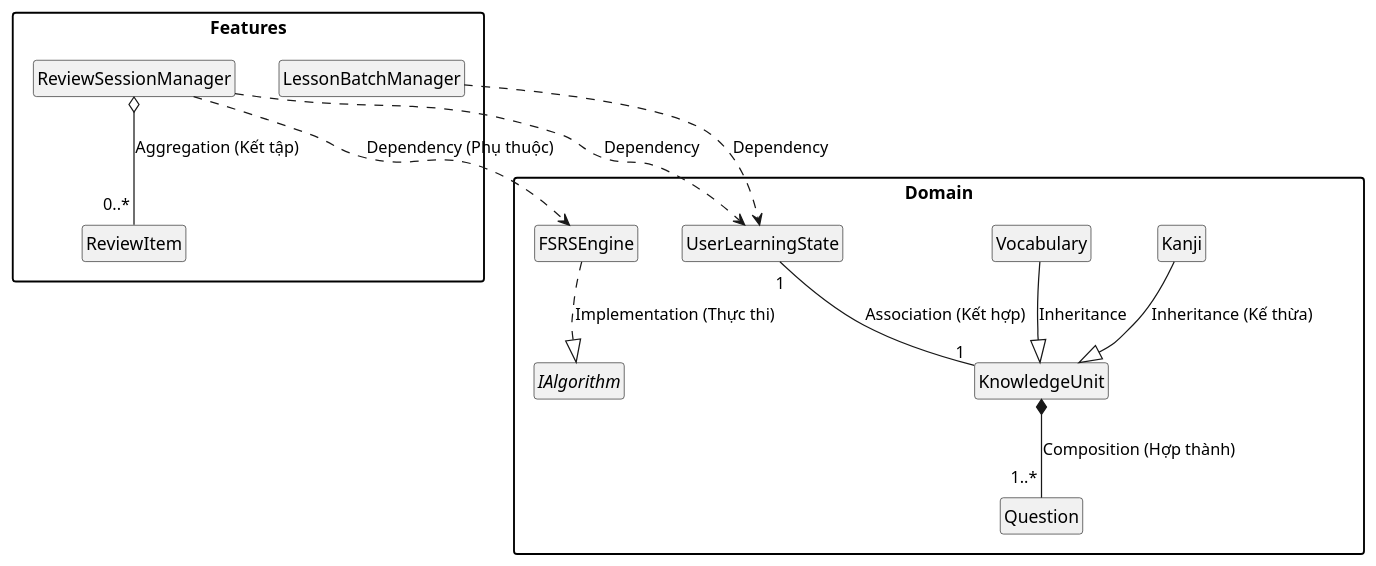
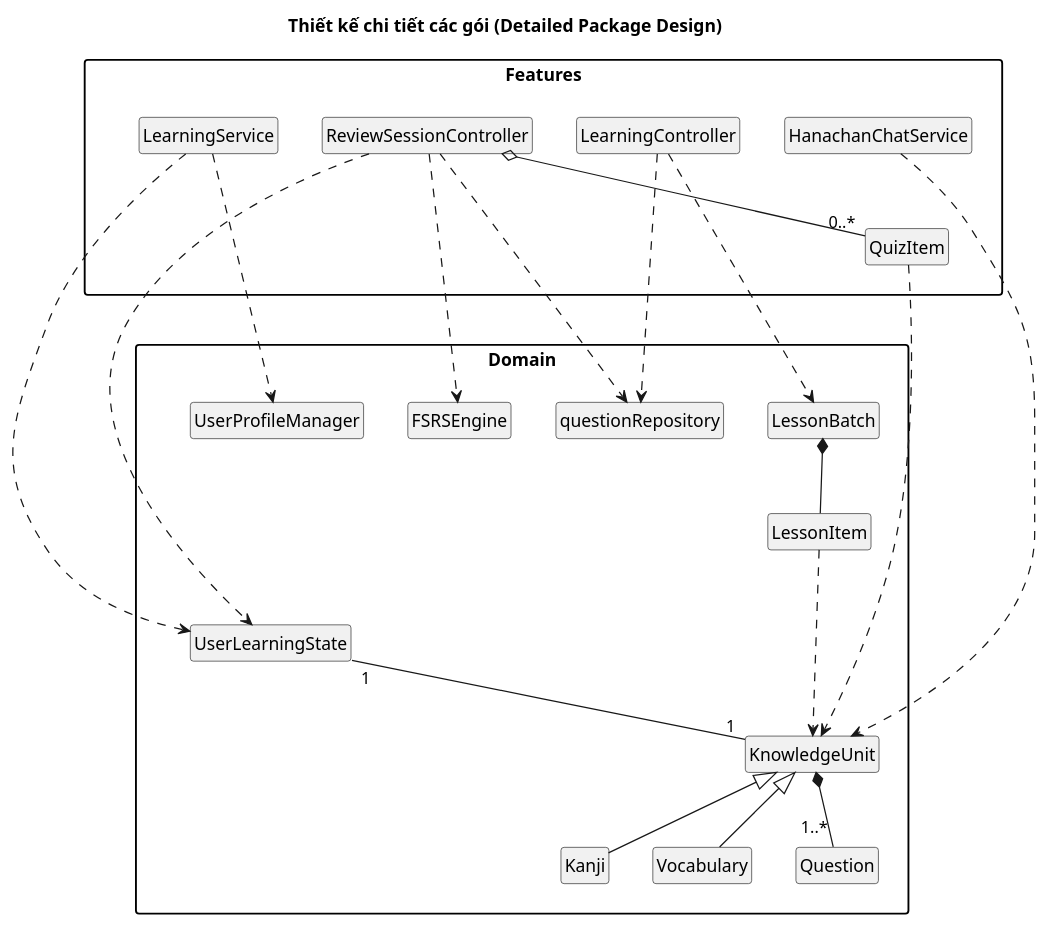
Before and after one commit to anhtranguyen-github/Hanachan: the diagram in docs/uml-package/detailed-design.md, drawn with PlantUML. The commit also changed other lines of this file and 41 other files, not shown here.

````diff
--- a/docs/uml-package/detailed-design.md
+++ b/docs/uml-package/detailed-design.md
@@ -5,43 +1,57 @@
-```plantuml
 @startuml
+title Thiết kế chi tiết các gói (Detailed Package Design)
+top to bottom direction
 skinparam packageStyle rectangle
 skinparam shadowing false
 hide circle
 hide members
+
+' Tầng Features
+package "Features" {
+    class ReviewSessionController
+    class LearningController
+    class LearningService
+    class HanachanChatService
+    class QuizItem
+}
 
 ' Tầng Domain
 package "Domain" {
     class KnowledgeUnit
     class Kanji
     class Vocabulary
     class Question
-    
-    interface IAlgorithm
     class FSRSEngine
     class UserLearningState
+    class LessonBatch
+    class LessonItem
+    class UserProfileManager
+    class questionRepository
 }
 
-' Tầng Features
-package "Features" {
-    class ReviewSessionManager
-    class LessonBatchManager
-    class ReviewItem
-}
+' Force vertical alignment between packages
+Features -[hidden]down-> Domain
 
-' Quan hệ nội tại gói Domain
-Kanji --|> KnowledgeUnit : Inheritance (Kế thừa)
-Vocabulary --|> KnowledgeUnit : Inheritance
-KnowledgeUnit *-- "1..*" Question : Composition (Hợp thành)
-FSRSEngine ..|> IAlgorithm : Implementation (Thực thi)
-UserLearningState "1" -- "1" KnowledgeUnit : Association (Kết hợp)
+' Internal Domain Relations (Top-Down inside package)
+Kanji -up-|> KnowledgeUnit
+Vocabulary -up-|> KnowledgeUnit
+KnowledgeUnit *-- "1..*" Question
+UserLearningState "1" -- "1" KnowledgeUnit
 
-' Quan hệ nội tại gói Features
-ReviewSessionManager o-- "0..*" ReviewItem : Aggregation (Kết tập)
+' Internal Features Relations
+ReviewSessionController o-- "0..*" QuizItem
 
-' Quan hệ giữa các lớp xuyên Package
-ReviewSessionManager ..> FSRSEngine : Dependency (Phụ thuộc)
-LessonBatchManager ..> UserLearningState : Dependency
-ReviewSessionManager ..> UserLearningState : Dependency
+' Inter-Package Dependencies (Forcing Downward)
+ReviewSessionController -down..> FSRSEngine
+ReviewSessionController -down..> UserLearningState
+ReviewSessionController -down..> questionRepository
+LearningService -down..> UserLearningState
+LearningService -down..> UserProfileManager
+HanachanChatService -down..> KnowledgeUnit
+QuizItem -down..> KnowledgeUnit
+LearningController -down..> LessonBatch
+LearningController -down..> questionRepository
+LessonBatch *-- LessonItem
+LessonItem -down..> KnowledgeUnit
 
 @enduml
-```
````
